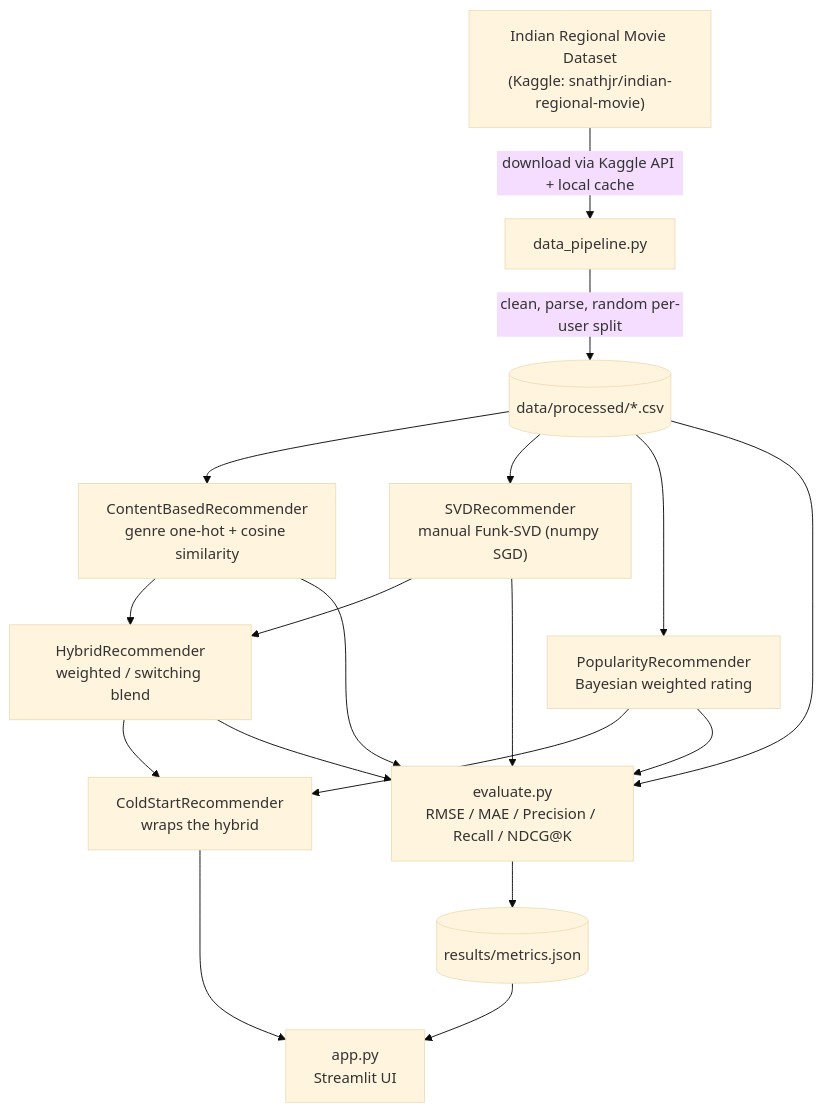
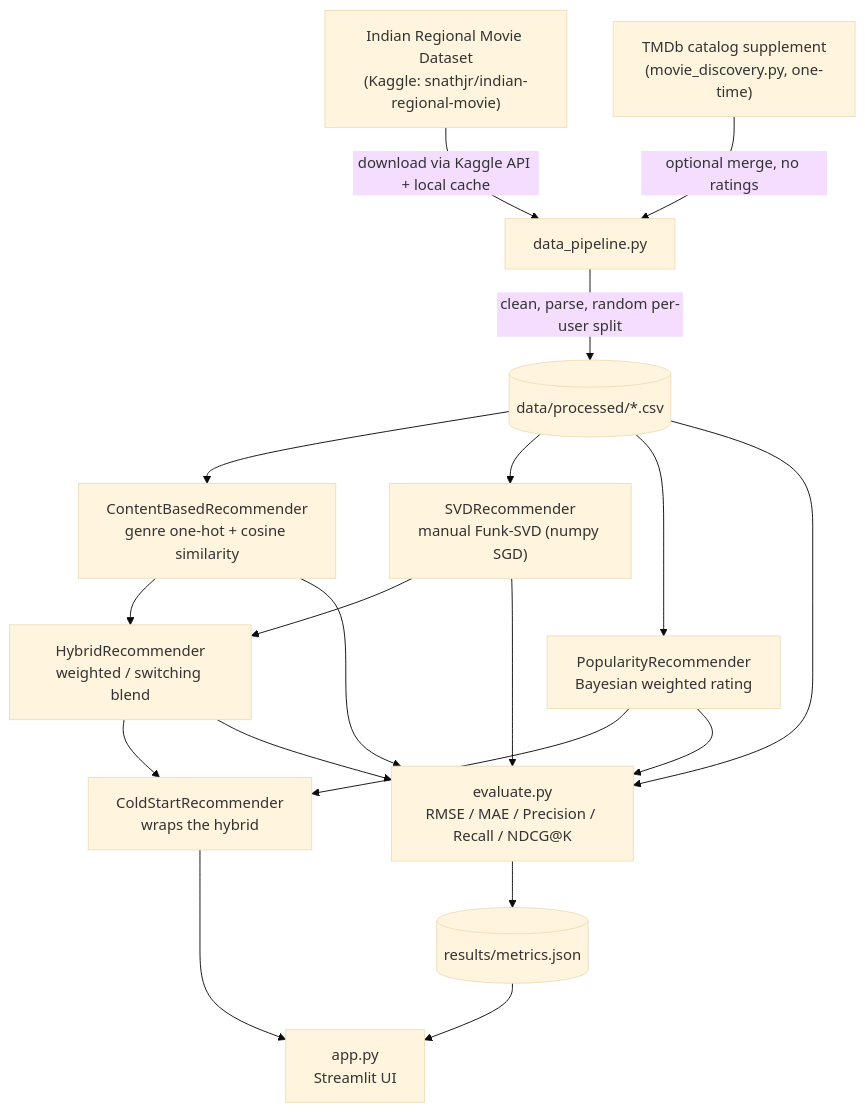
Before and after one commit to aswinguvvala/rec_system: the diagram in README.md, drawn with Mermaid (base theme). The commit also changed other lines of this file and 8 other files, not shown here.

````diff
--- a/README.md
+++ b/README.md
@@ -62,24 +68,25 @@
 ```mermaid
 flowchart TD
     A["Indian Regional Movie Dataset\n(Kaggle: snathjr/indian-regional-movie)"] -->|download via Kaggle API + local cache| B["data_pipeline.py"]
+    L["TMDb catalog supplement\n(movie_discovery.py, one-time)"] -->|optional merge, no ratings| B
     B -->|clean, parse, random per-user split| C[("data/processed/*.csv")]
 
     C --> D["ContentBasedRecommender\ngenre one-hot + cosine similarity"]
     C --> E["SVDRecommender\nmanual Funk-SVD (numpy SGD)"]
     C --> H["PopularityRecommender\nBayesian weighted rating"]
 
     D --> F["HybridRecommender\nweighted / switching blend"]
     E --> F
     F --> G["ColdStartRecommender\nwraps the hybrid"]
     H --> G
 
     G --> I["app.py\nStreamlit UI"]
 
     C --> J["evaluate.py\nRMSE / MAE / Precision / Recall / NDCG@K"]
     D --> J
     E --> J
     F --> J
     H --> J
     J --> K[("results/metrics.json")]
     K --> I
 ```
````
